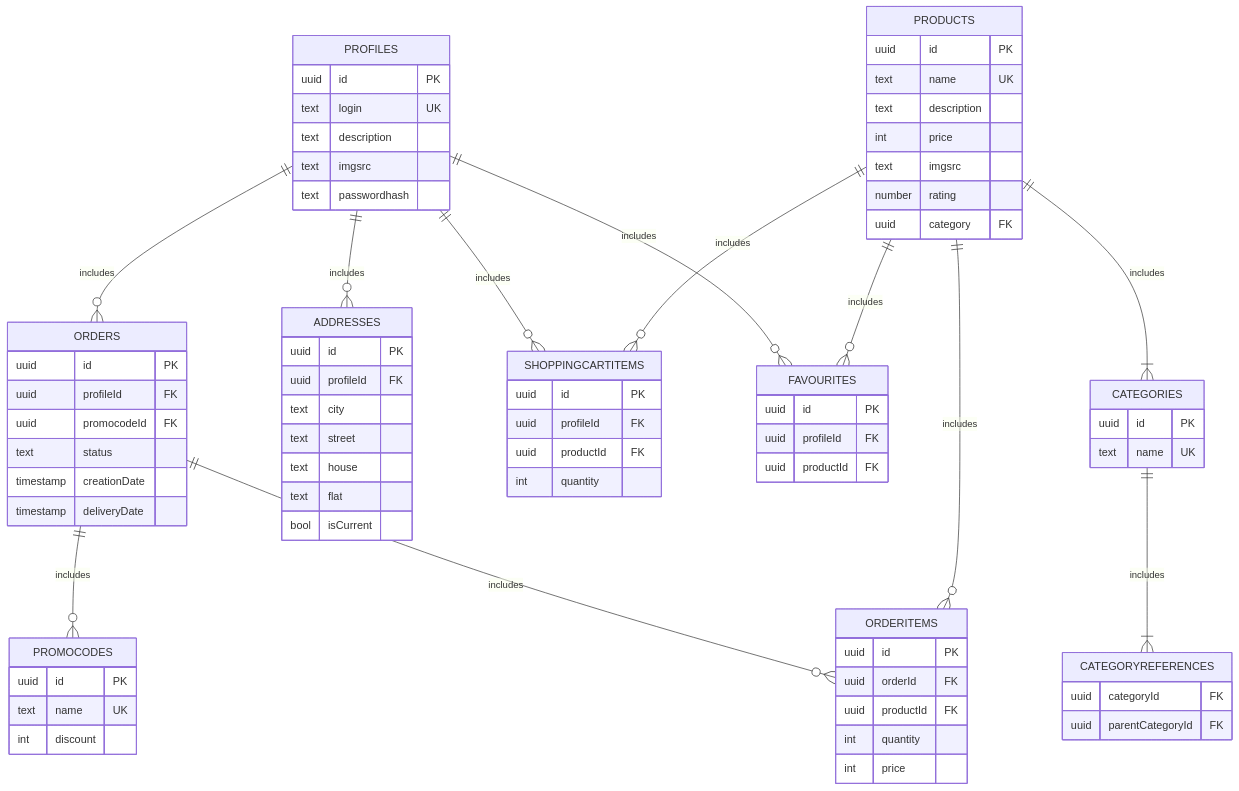
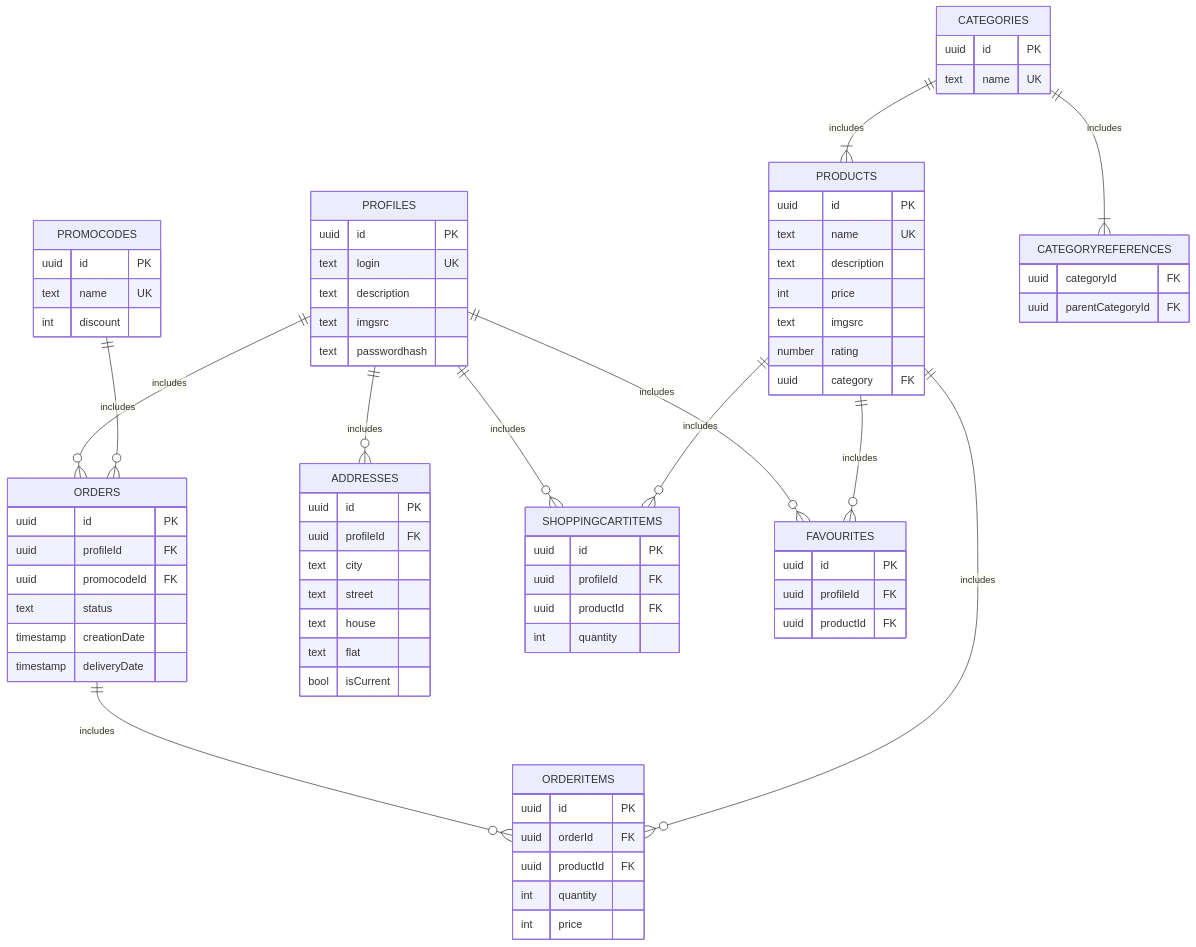
The diagram in db/normalized/relations.md (go-park-mail-ru/2023_2_potatiki), drawn with Mermaid before and after one commit.

```diff
--- a/db/normalized/relations.md
+++ b/db/normalized/relations.md
@@ -36,12 +36,12 @@
     PROFILES ||--o{ SHOPPINGCARTITEMS : includes
     PROFILES ||--o{ FAVOURITES : includes
     
-    ORDERS ||--o{ PROMOCODES : includes
+    PROMOCODES ||--o{ ORDERS : includes
     ORDERS ||--o{ ORDERITEMS : includes
 
     PRODUCTS ||--o{ ORDERITEMS : includes
     PRODUCTS ||--o{ SHOPPINGCARTITEMS : includes
-    PRODUCTS ||--|{ CATEGORIES : includes
+    CATEGORIES ||--|{ PRODUCTS : includes
     PRODUCTS ||--o{ FAVOURITES : includes
 
     CATEGORIES ||--|{ CATEGORYREFERENCES : includes
```
